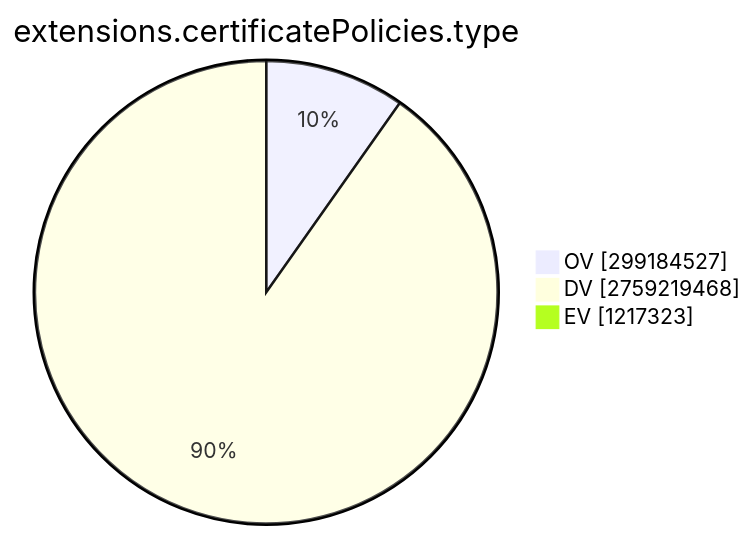
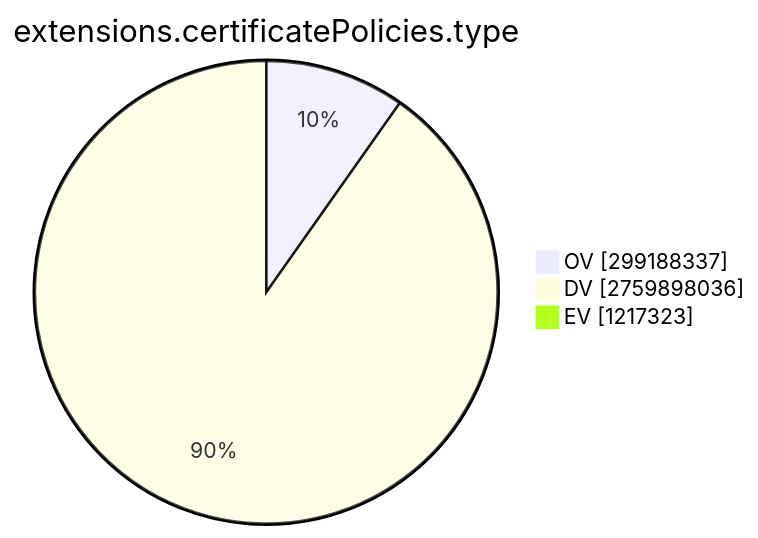
Before and after one commit to christiankrug/ctmonitor_visualization: the ninth of 15 diagrams in TOTAL/README.md, drawn with Mermaid. The commit also changed other lines of this file, not shown here.

````diff
--- a/TOTAL/README.md
+++ b/TOTAL/README.md
@@ -3101,7 +3101,7 @@
 ```mermaid
 pie showData
 title extensions.certificatePolicies.type
-"OV" :299184527
-"DV" :2759219468
+"OV" :299188337
+"DV" :2759898036
 "EV" :1217323
 ```
````
